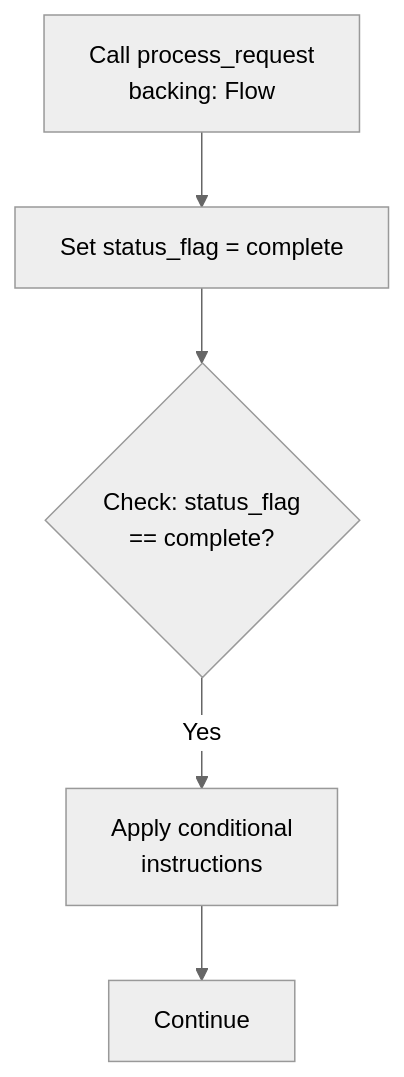
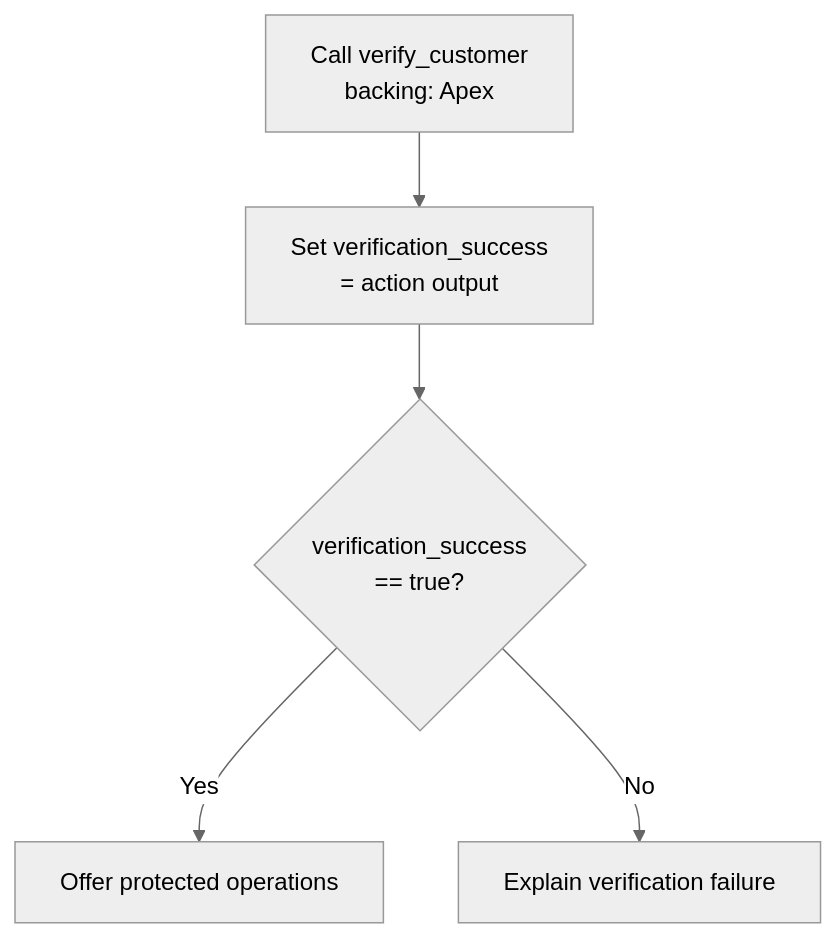
One commit to simon2432/agentforce-workspace changed the ninth of 12 diagrams in .agents/skills/agentforce-generate/references/agent-subagent-map-diagrams.md. Above: the diagram before and after it, drawn with Mermaid. The commit also changed other lines of this file and 3703 other files, not shown here.

````diff
--- a/.agents/skills/agentforce-generate/references/agent-subagent-map-diagrams.md
+++ b/.agents/skills/agentforce-generate/references/agent-subagent-map-diagrams.md
@@ -173,9 +189,9 @@
 ```mermaid
 %%{init: {'theme':'neutral'}}%%
 graph TD
-    A[Call process_request<br/>backing: Flow]
-    A --> B[Set status_flag = complete]
-    B --> C{Check: status_flag<br/>== complete?}
-    C -->|Yes| D[Apply conditional<br/>instructions]
-    D --> E[Continue]
+    A[Call verify_customer<br/>backing: Apex]
+    A --> B[Set verification_success<br/>= action output]
+    B --> C{verification_success<br/>== true?}
+    C -->|Yes| D[Offer protected operations]
+    C -->|No| E[Explain verification failure]
 ```
````
